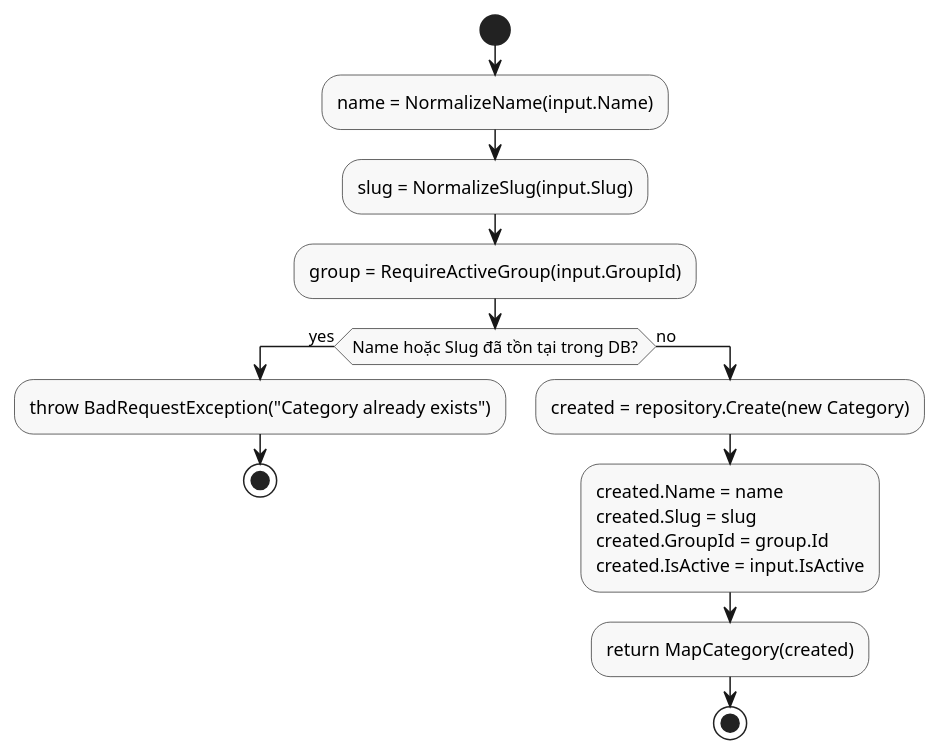
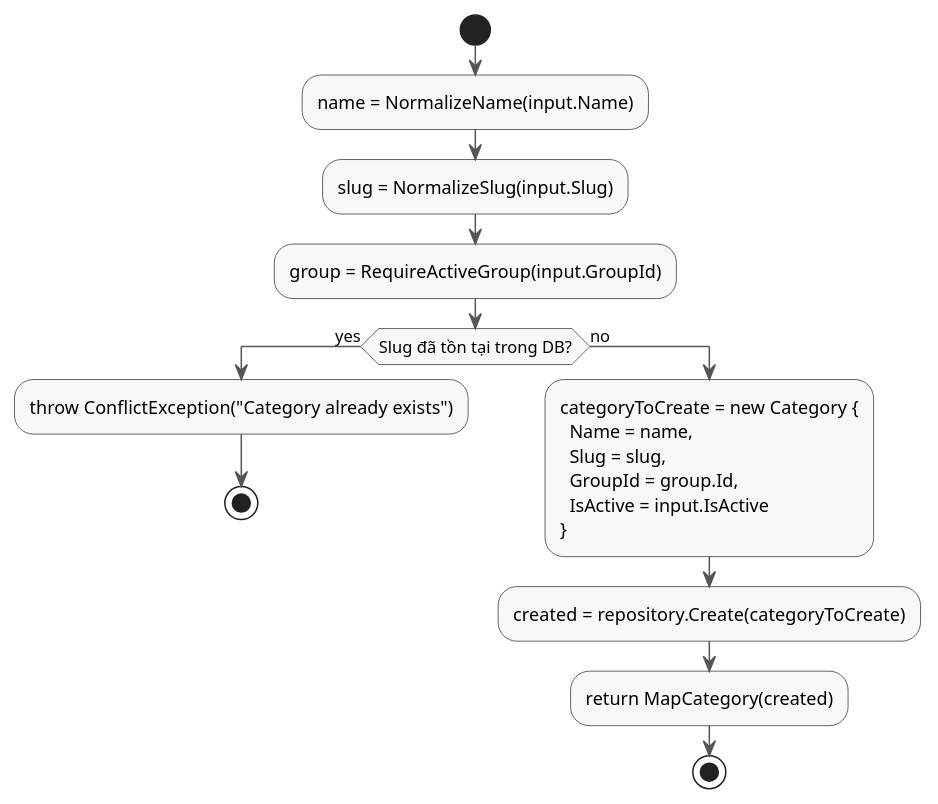
Before and after one commit to linhp7448-png/ShopdecorBee: the diagram in HomeDecorShop/CFG/CategoryService_Create.puml, drawn with PlantUML.

Commit message:
Refactor category creation logic in UML diagram

```diff
--- a/HomeDecorShop/CFG/CategoryService_Create.puml
+++ b/HomeDecorShop/CFG/CategoryService_Create.puml
@@ -1,25 +1,29 @@
 @startuml CategoryService_Create
 skinparam activity {
   BackgroundColor #F8F8F8
   BorderColor #333333
+  ArrowColor #555555
 }
 
 start
 :name = NormalizeName(input.Name);
 :slug = NormalizeSlug(input.Slug);
 :group = RequireActiveGroup(input.GroupId);
 
-if (Name hoặc Slug đã tồn tại trong DB?) then (yes)
-  :throw BadRequestException("Category already exists");
+if (Slug đã tồn tại trong DB?) then (yes)
+  :throw ConflictException("Category already exists");
   stop
 else (no)
-  :created = repository.Create(new Category);
-  :created.Name = name
-  created.Slug = slug
-  created.GroupId = group.Id
-  created.IsActive = input.IsActive;
+  :categoryToCreate = new Category {
+    Name = name,
+    Slug = slug,
+    GroupId = group.Id,
+    IsActive = input.IsActive
+  };
+  
+  :created = repository.Create(categoryToCreate);
   
   :return MapCategory(created);
   stop
 endif
 @enduml
```
